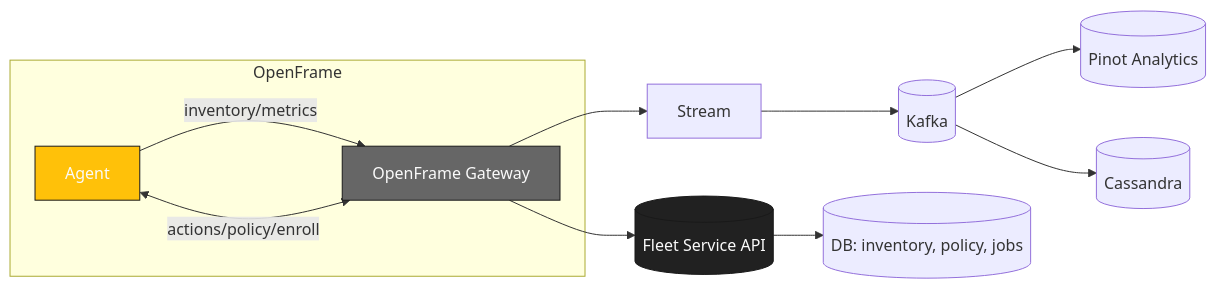
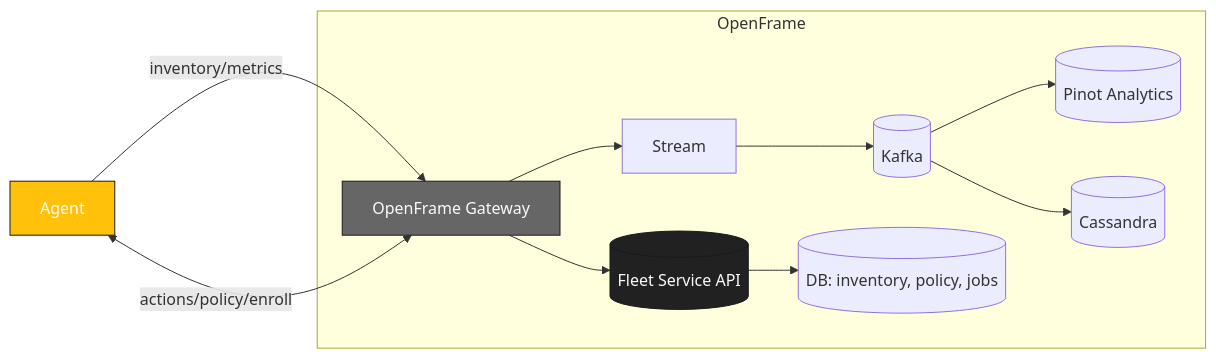
The diagram in FLEET.md (flamingo-stack/openframe-oss-tenant), drawn with Mermaid before and after one commit.

````diff
--- a/FLEET.md
+++ b/FLEET.md
@@ -59,18 +59,19 @@
 ```mermaid
 flowchart LR
+    
+    A[Agent] -- inventory/metrics --> G[OpenFrame Gateway]
+    A <-- actions/policy/enroll --> G
+    
     subgraph OpenFrame
-      A[Agent] -- inventory/metrics --> G[OpenFrame Gateway]
-      A <-- actions/policy/enroll --> G
+      G --> S[Stream]
+      S --> K[(Kafka)]
+      K --> P[(Pinot Analytics)]
+      K --> C[(Cassandra)]
+      G --> API[(Fleet Service API)]
+      API --> DB[(DB: inventory, policy, jobs)]
     end
-
-    G --> S[Stream]
-    S --> K[(Kafka)]
-    K --> P[(Pinot Analytics)]
-    K --> C[(Cassandra)]
-    G --> API[(Fleet Service API)]
-    API --> DB[(DB: inventory, policy, jobs)]
 
     style A fill:#FFC109,stroke:#1A1A1A,color:#FAFAFA
     style G fill:#666666,stroke:#1A1A1A,color:#FAFAFA
     style API fill:#212121,stroke:#1A1A1A,color:#FAFAFA
 ```
````
